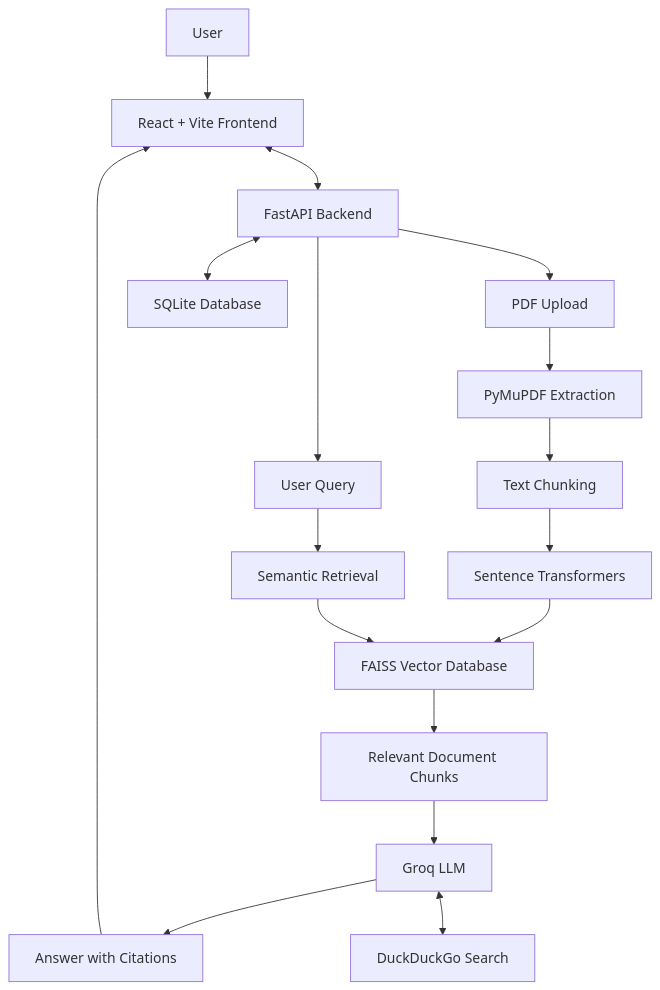
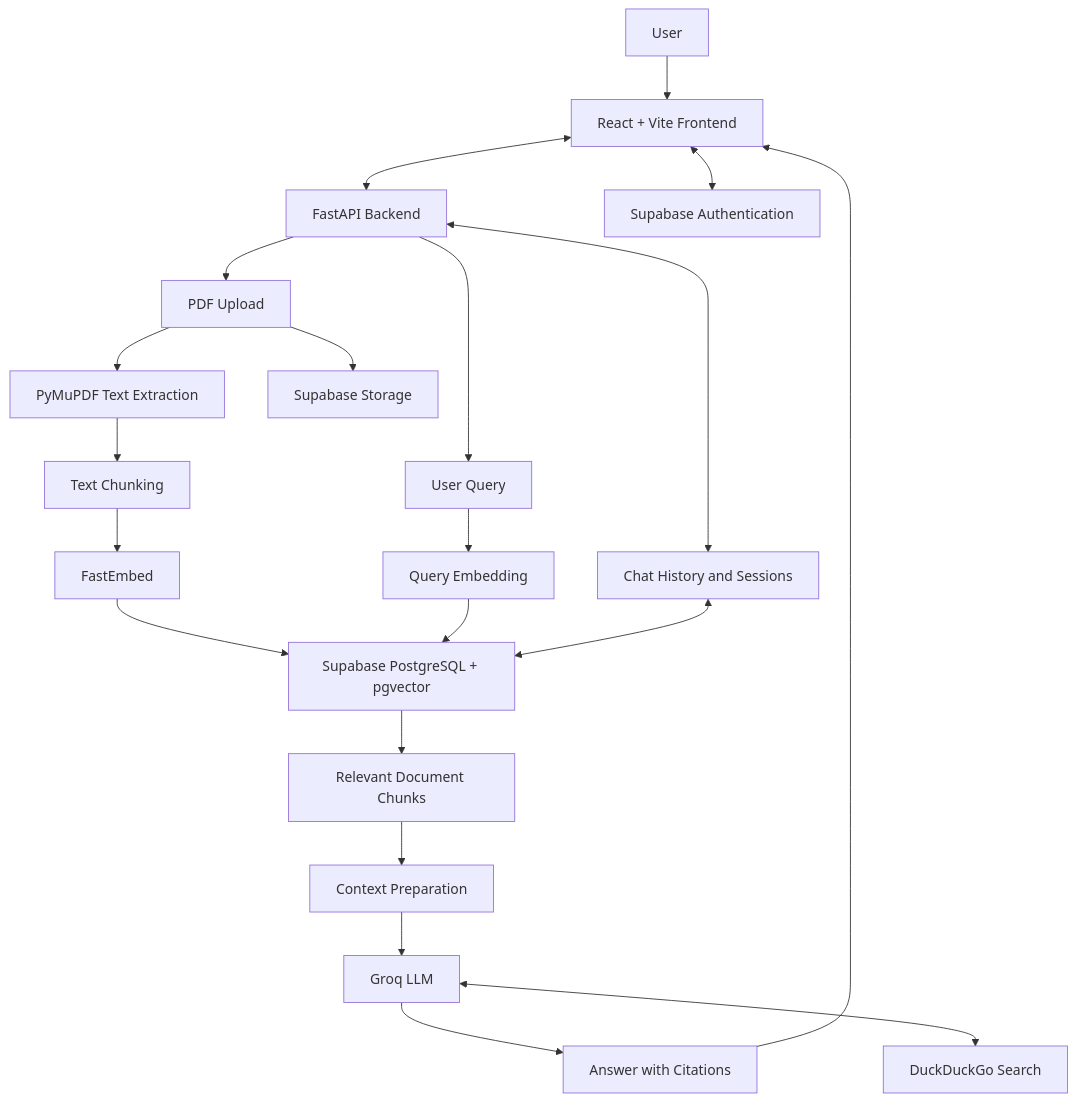
One commit to Vaishnavi304-MIT/PDF_RAG changed the diagram in README.md. Above: the diagram before and after it, drawn with Mermaid. The commit also changed other lines of this file and 13 other files, not shown here.

Commit message:
Update README with current IntelliDoc AI architecture

````diff
--- a/README.md
+++ b/README.md
@@ -33,22 +23,26 @@
 ```mermaid
 flowchart TD
     A[User] --> B[React + Vite Frontend]
     B <--> C[FastAPI Backend]
+    B <--> D[Supabase Authentication]
 
-    C --> D[PDF Upload]
-    D --> E[PyMuPDF Extraction]
-    E --> F[Text Chunking]
-    F --> G[Sentence Transformers]
-    G --> H[FAISS Vector Database]
+    C --> E[PDF Upload]
+    E --> F[PyMuPDF Text Extraction]
+    F --> G[Text Chunking]
+    G --> H[FastEmbed]
+    H --> I[Supabase PostgreSQL + pgvector]
+    E --> J[Supabase Storage]
 
-    C --> I[User Query]
-    I --> J[Semantic Retrieval]
-    J --> H
-    H --> K[Relevant Document Chunks]
-    K --> L[Groq LLM]
-    L --> M[Answer with Citations]
+    C --> K[User Query]
+    K --> L[Query Embedding]
+    L --> I
+    I --> M[Relevant Document Chunks]
+    M --> N[Context Preparation]
+    N --> O[Groq LLM]
+    O --> P[Answer with Citations]
+    P --> B
 
-    C <--> N[SQLite Database]
-    L <--> O[DuckDuckGo Search]
-    M --> B
+    O <--> Q[DuckDuckGo Search]
+    C <--> R[Chat History and Sessions]
+    R <--> I
 ```
````
